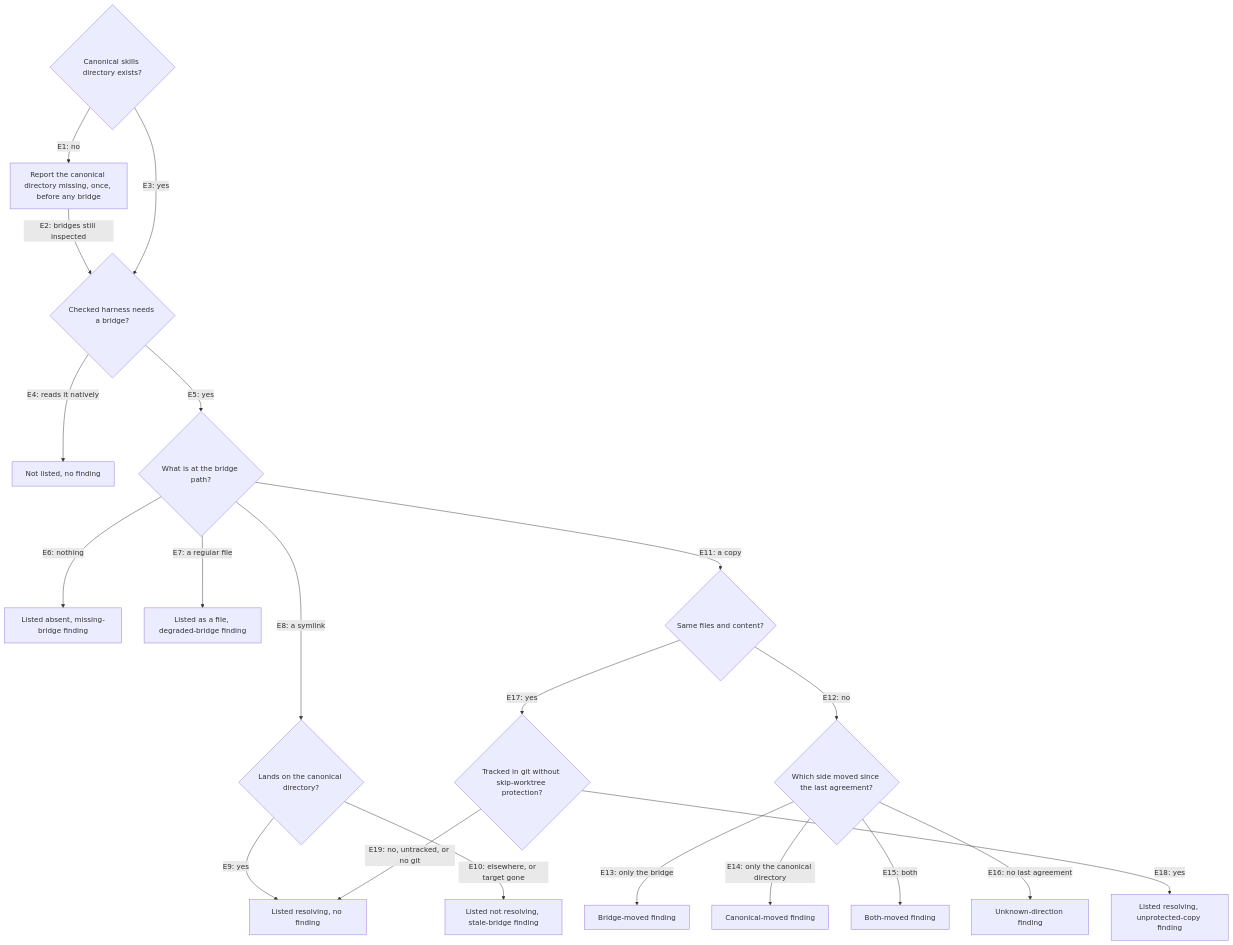
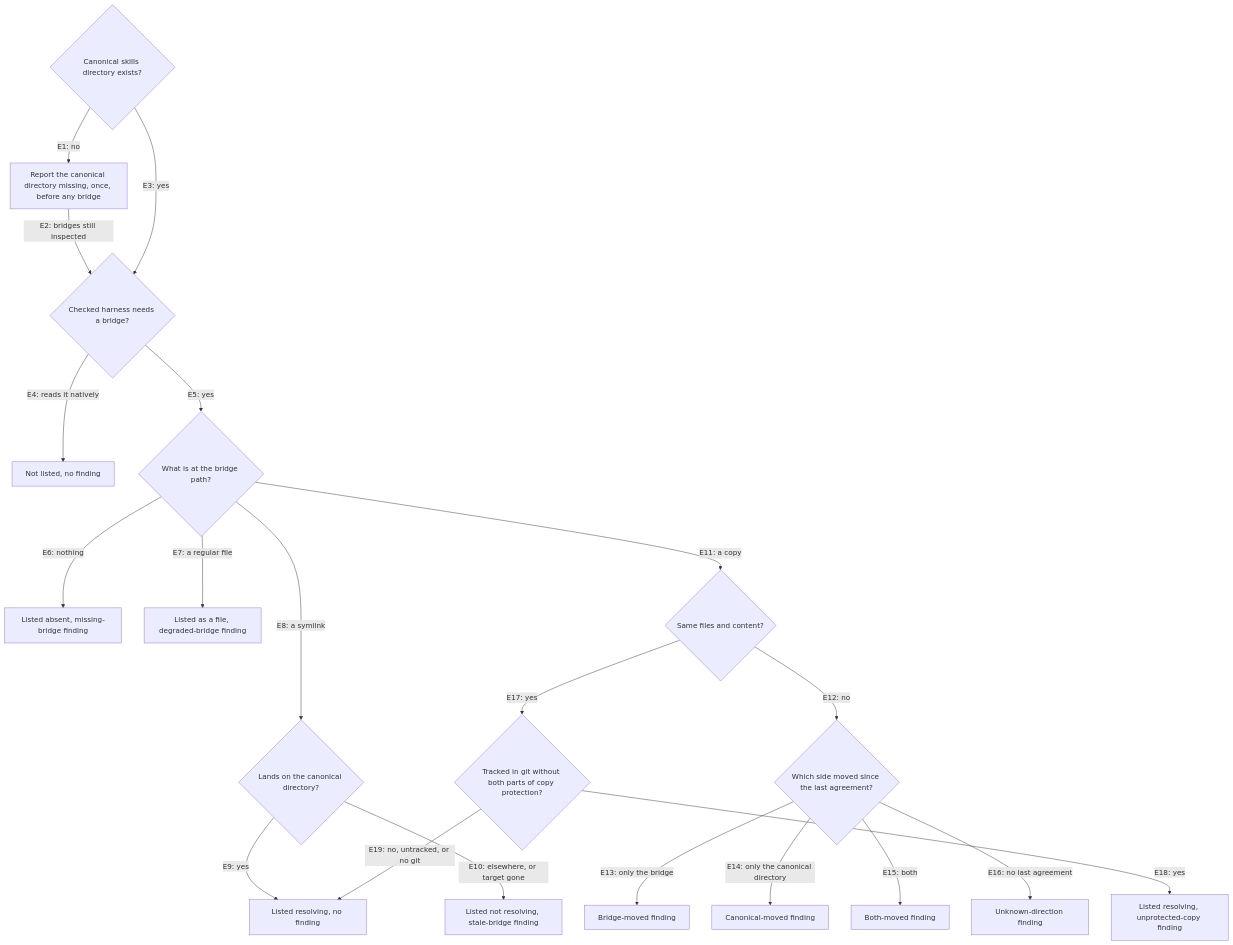
Before and after one commit to repobuddy/buddy-agent-harness: the diagram in packages/buddy-agent-harness/.agents/spec/bridge-resolution/graph.md, drawn with Mermaid. The commit also changed 29 other files, not shown here.

````diff
--- a/packages/buddy-agent-harness/.agents/spec/bridge-resolution/graph.md
+++ b/packages/buddy-agent-harness/.agents/spec/bridge-resolution/graph.md
@@ -6,23 +6,23 @@
 ```mermaid
 flowchart TD
   D1{Canonical skills directory exists?}
   D1 -->|E1: no| O1[Report the canonical directory missing, once, before any bridge]
   O1 -->|E2: bridges still inspected| D2
   D1 -->|E3: yes| D2{Checked harness needs a bridge?}
   D2 -->|E4: reads it natively| O2[Not listed, no finding]
   D2 -->|E5: yes| D3{What is at the bridge path?}
   D3 -->|E6: nothing| O3[Listed absent, missing-bridge finding]
   D3 -->|E7: a regular file| O4[Listed as a file, degraded-bridge finding]
   D3 -->|E8: a symlink| D4{Lands on the canonical directory?}
   D4 -->|E9: yes| OK[Listed resolving, no finding]
   D4 -->|E10: elsewhere, or target gone| O5[Listed not resolving, stale-bridge finding]
   D3 -->|E11: a copy| D5{Same files and content?}
   D5 -->|E12: no| D6{Which side moved since the last agreement?}
   D6 -->|E13: only the bridge| O6[Bridge-moved finding]
   D6 -->|E14: only the canonical directory| O7[Canonical-moved finding]
   D6 -->|E15: both| O8[Both-moved finding]
   D6 -->|E16: no last agreement| O9[Unknown-direction finding]
-  D5 -->|E17: yes| D7{Tracked in git without skip-worktree protection?}
+  D5 -->|E17: yes| D7{Tracked in git without both parts of copy protection?}
   D7 -->|E18: yes| O10[Listed resolving, unprotected-copy finding]
   D7 -->|E19: no, untracked, or no git| OK
 ```
````
